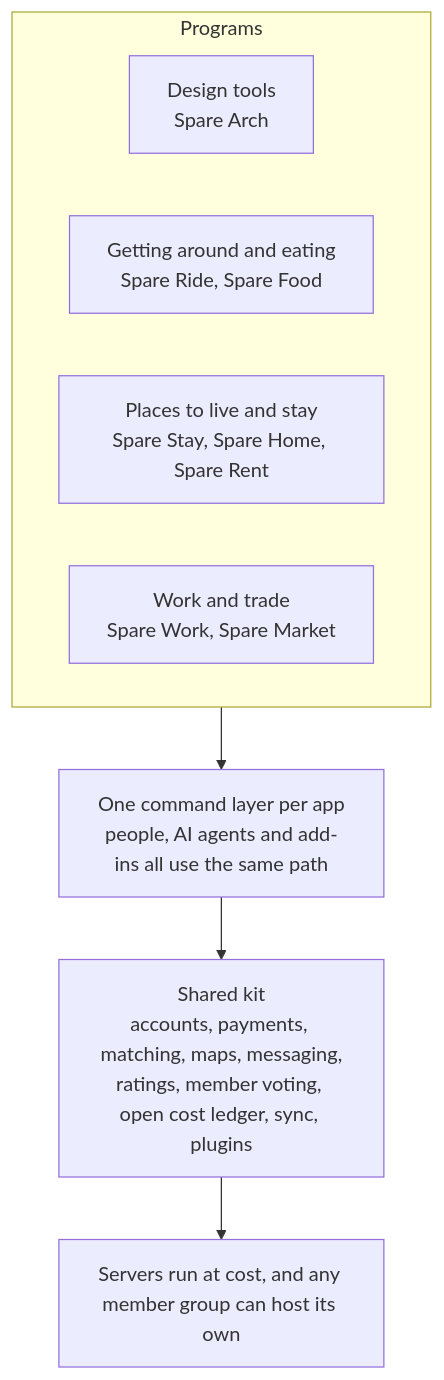
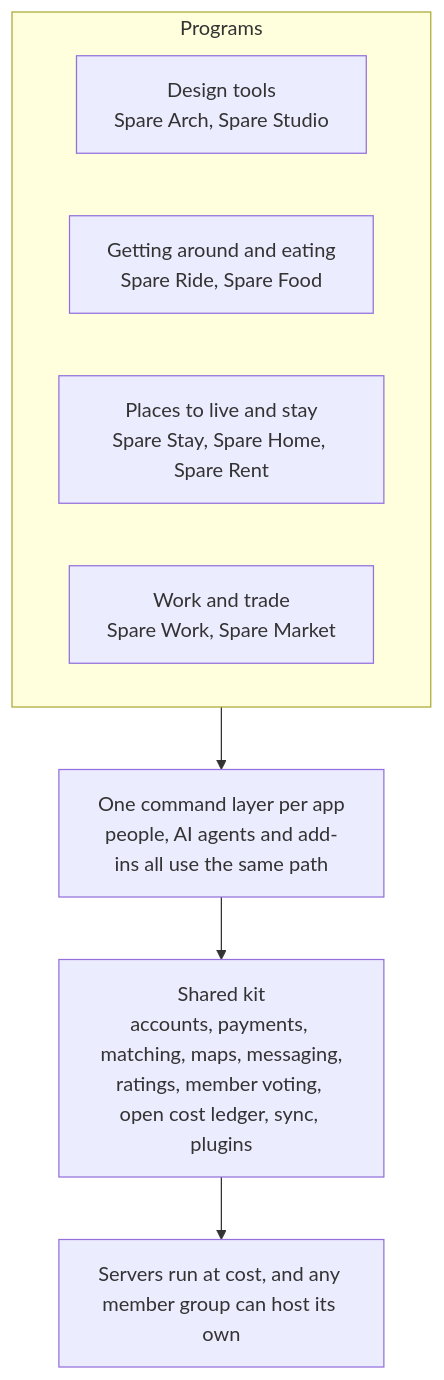
One commit to spareware-co-op/spareware changed the diagram in README.md. Above: the diagram before and after it, drawn with Mermaid. The commit also changed other lines of this file and 4 other files, not shown here.

First line of the commit message:
Spare Studio: map and work board for the creative suite replacing Adobe's apps

````diff
--- a/README.md
+++ b/README.md
@@ -13,14 +13,14 @@
 ```mermaid
 flowchart TB
   subgraph PROGRAMS["Programs"]
     direction LR
-    DESIGN["Design tools<br/>Spare Arch"]
+    DESIGN["Design tools<br/>Spare Arch, Spare Studio"]
     MOVE["Getting around and eating<br/>Spare Ride, Spare Food"]
     LIVE["Places to live and stay<br/>Spare Stay, Spare Home, Spare Rent"]
     WORKS["Work and trade<br/>Spare Work, Spare Market"]
   end
   CMD["One command layer per app<br/>people, AI agents and add-ins all use the same path"]
   KIT["Shared kit<br/>accounts, payments, matching, maps, messaging,<br/>ratings, member voting, open cost ledger, sync, plugins"]
   RUN["Servers run at cost, and any member group can host its own"]
   PROGRAMS --> CMD --> KIT --> RUN
 ```
````
